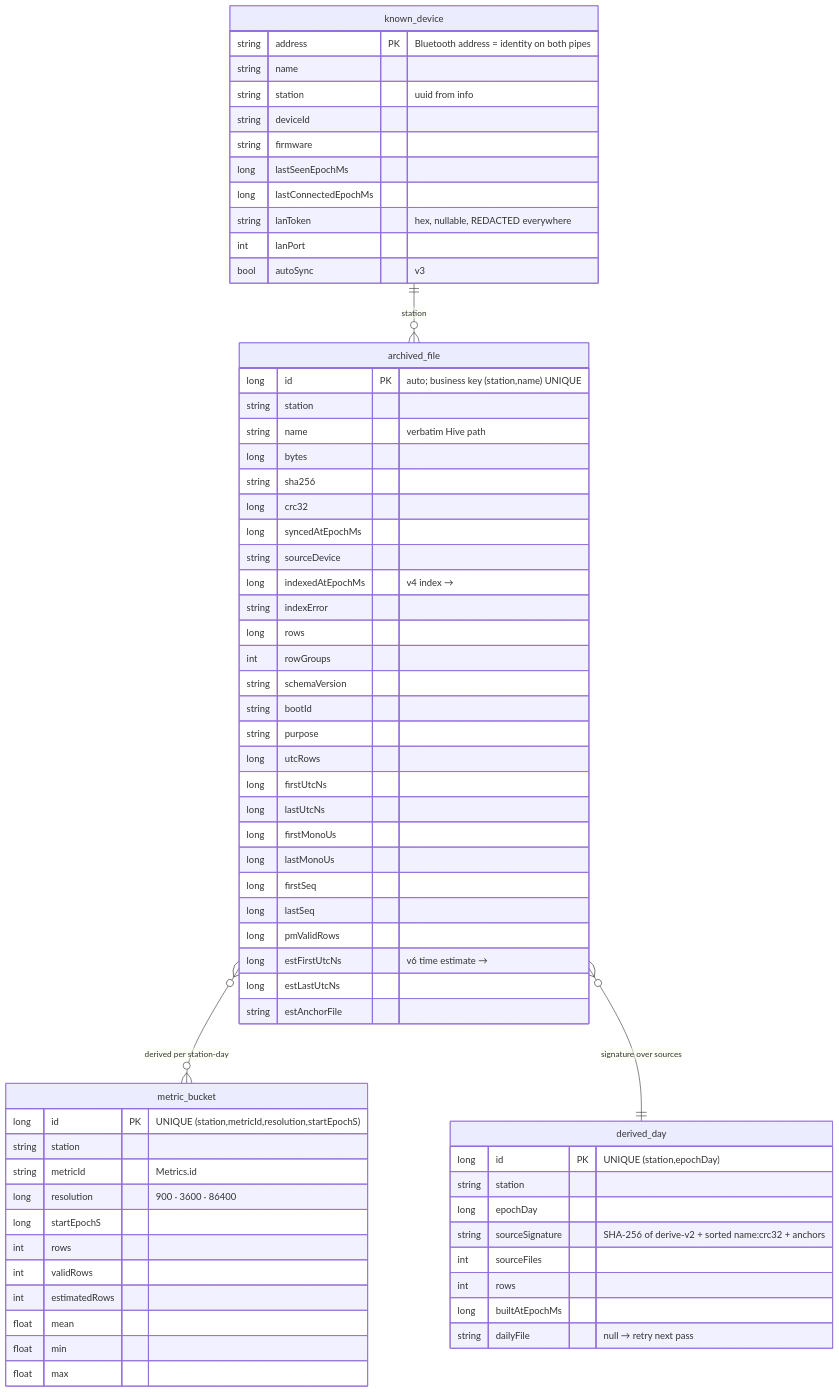
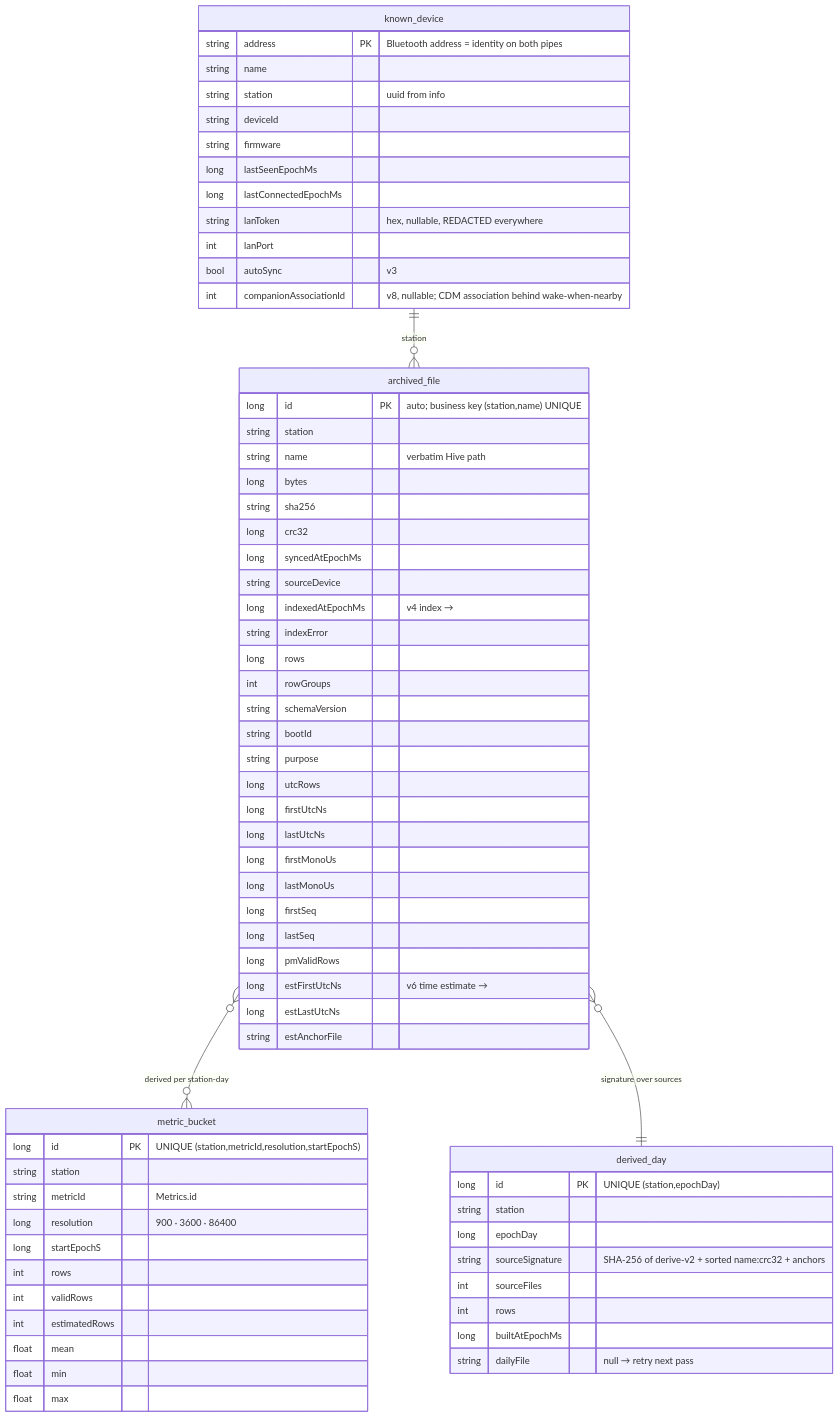
One commit to walkthru-earth/opensensor-space-mobile changed the first of 2 diagrams in docs/data-model.md. Above: the diagram before and after it, drawn with Mermaid. The commit also changed other lines of this file and 25 other files, not shown here.

````diff
--- a/docs/data-model.md
+++ b/docs/data-model.md
@@ -9,69 +9,70 @@
 ```mermaid
 erDiagram
   known_device {
     string address PK "Bluetooth address = identity on both pipes"
     string name
     string station "uuid from info"
     string deviceId
     string firmware
     long lastSeenEpochMs
     long lastConnectedEpochMs
     string lanToken "hex, nullable, REDACTED everywhere"
     int lanPort
     bool autoSync "v3"
+    int companionAssociationId "v8, nullable; CDM association behind wake-when-nearby"
   }
   archived_file {
     long id PK "auto; business key (station,name) UNIQUE"
     string station
     string name "verbatim Hive path"
     long bytes
     string sha256
     long crc32
     long syncedAtEpochMs
     string sourceDevice
     long indexedAtEpochMs "v4 index →"
     string indexError
     long rows
     int rowGroups
     string schemaVersion
     string bootId
     string purpose
     long utcRows
     long firstUtcNs
     long lastUtcNs
     long firstMonoUs
     long lastMonoUs
     long firstSeq
     long lastSeq
     long pmValidRows
     long estFirstUtcNs "v6 time estimate →"
     long estLastUtcNs
     string estAnchorFile
   }
   metric_bucket {
     long id PK "UNIQUE (station,metricId,resolution,startEpochS)"
     string station
     string metricId "Metrics.id"
     long resolution "900 · 3600 · 86400"
     long startEpochS
     int rows
     int validRows
     int estimatedRows
     float mean
     float min
     float max
   }
   derived_day {
     long id PK "UNIQUE (station,epochDay)"
     string station
     long epochDay
     string sourceSignature "SHA-256 of derive-v2 + sorted name:crc32 + anchors"
     int sourceFiles
     int rows
     long builtAtEpochMs
     string dailyFile "null → retry next pass"
   }
   known_device ||--o{ archived_file : "station"
   archived_file }o--o{ metric_bucket : "derived per station-day"
   archived_file }o--|| derived_day : "signature over sources"
 ```
````
